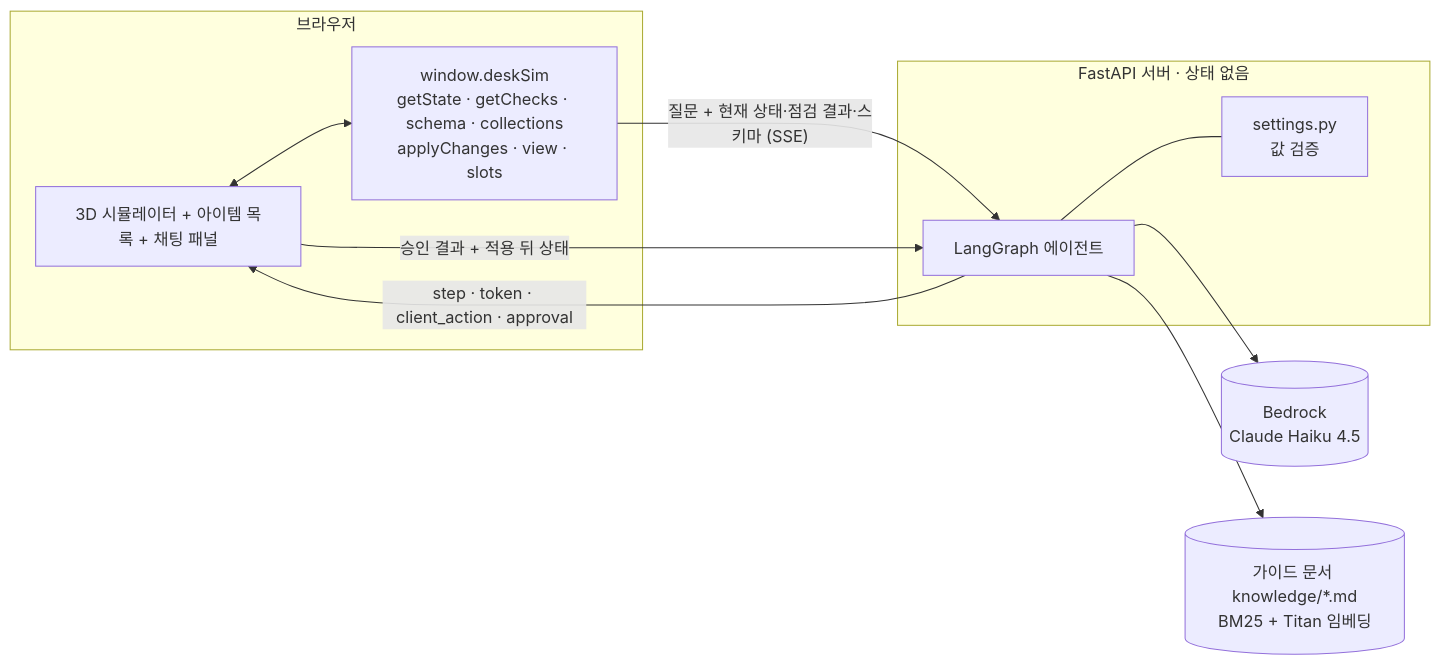
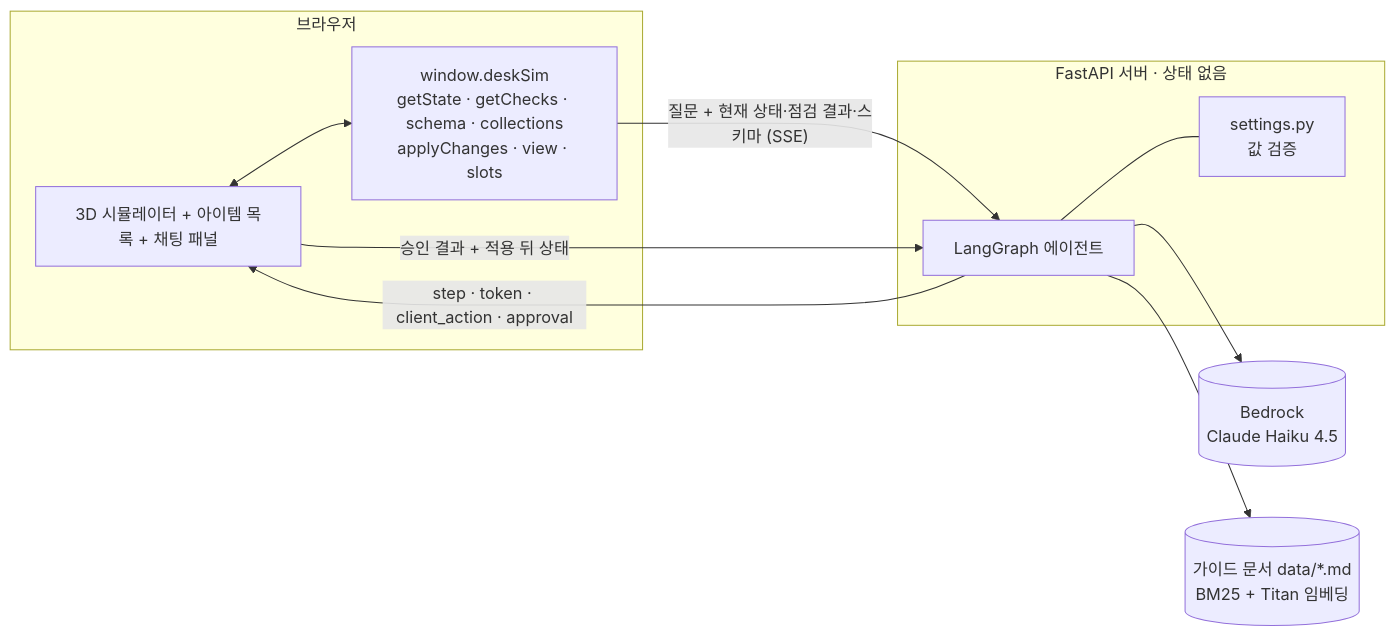
One commit to vvega-a/desk-simulator changed the first of 2 diagrams in README.md. Above: the diagram before and after it, drawn with Mermaid. The commit also changed other lines of this file and 44 other files, not shown here.

````diff
--- a/README.md
+++ b/README.md
@@ -25,18 +25,18 @@
 ```mermaid
 flowchart LR
   subgraph B[브라우저]
     UI[3D 시뮬레이터 + 아이템 목록 + 채팅 패널]
     API["window.deskSim<br/>getState · getChecks · schema · collections<br/>applyChanges · view · slots"]
     UI <--> API
   end
   subgraph S[FastAPI 서버 · 상태 없음]
     G[LangGraph 에이전트]
     V[settings.py<br/>값 검증]
     G --- V
   end
   API -- "질문 + 현재 상태·점검 결과·스키마 (SSE)" --> G
   G -- "step · token · client_action · approval" --> UI
   UI -- "승인 결과 + 적용 뒤 상태" --> G
   G --> L[(Bedrock<br/>Claude Haiku 4.5)]
-  G --> K[(가이드 문서 knowledge/*.md<br/>BM25 + Titan 임베딩)]
+  G --> K[(가이드 문서 data/*.md<br/>BM25 + Titan 임베딩)]
 ```
````
